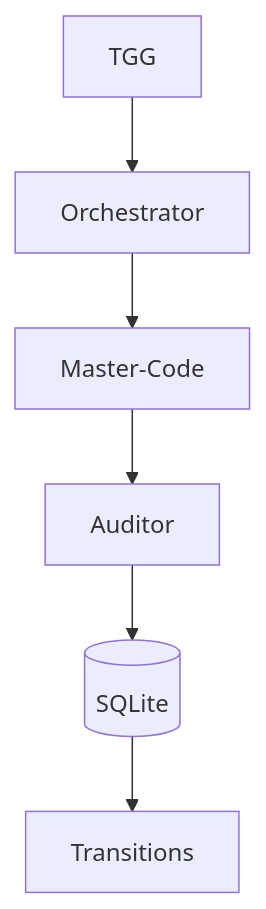
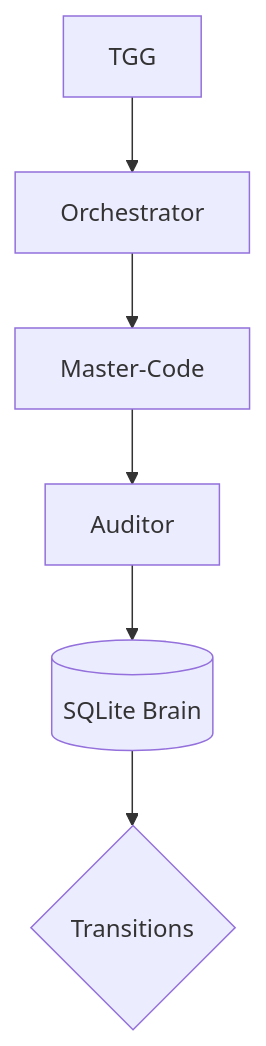
Before and after one commit to lordmahonheim-bot/Tesla-Antigravity-CLI: the diagram in 28-Loop-Engineering/README.md, drawn with Mermaid. The commit also changed other lines of this file and 1 other file, not shown here.

Commit message:
docs(mvp-28): final integration README, architecture diagrams, test scenarios

````diff
--- a/28-Loop-Engineering/README.md
+++ b/28-Loop-Engineering/README.md
@@ -7,8 +9,8 @@
 ```mermaid
 graph TD
     TGG[TGG] --> Orch[Orchestrator]
     Orch --> MC[Master-Code]
     MC --> Auditor[Auditor]
-    Auditor --> DB[(SQLite)]
-    DB --> Trans[Transitions]
+    Auditor --> SQLite[(SQLite Brain)]
+    SQLite --> Trans{Transitions}
 ```
````
